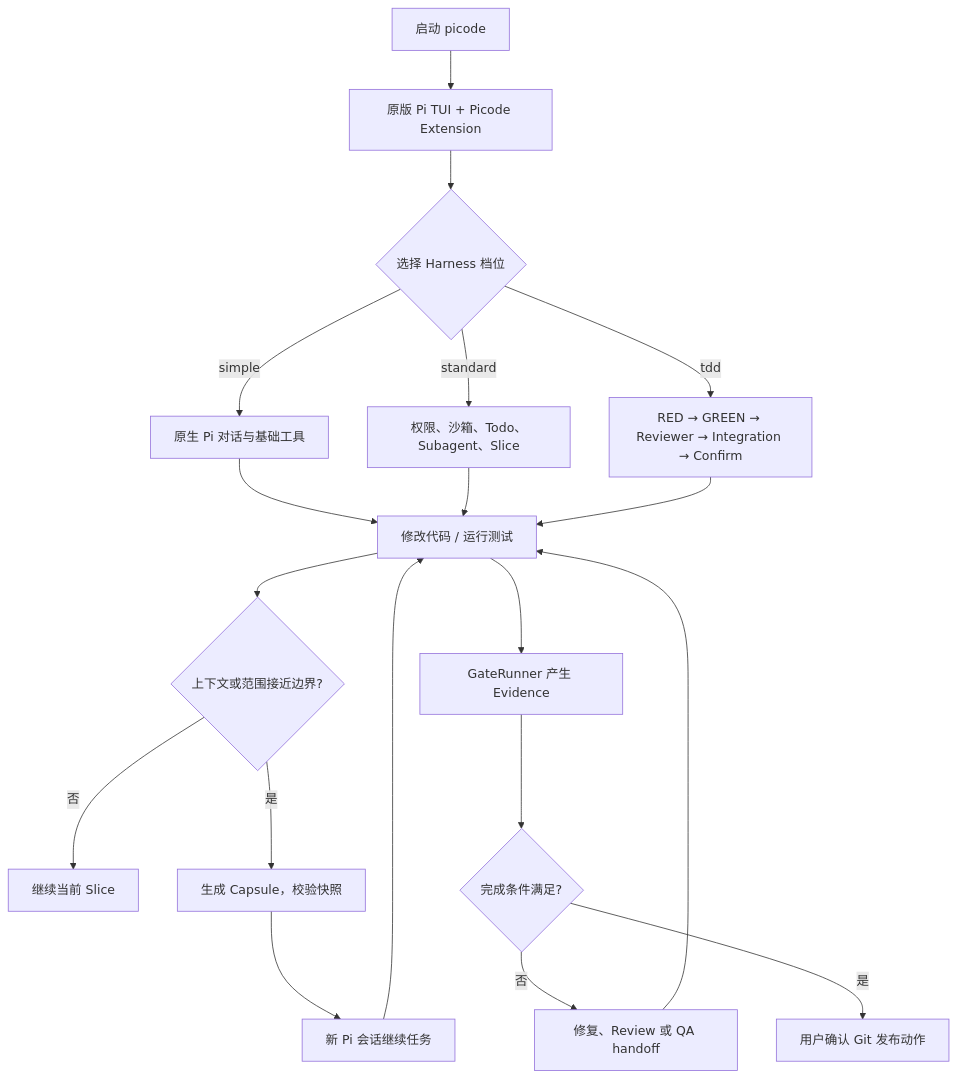
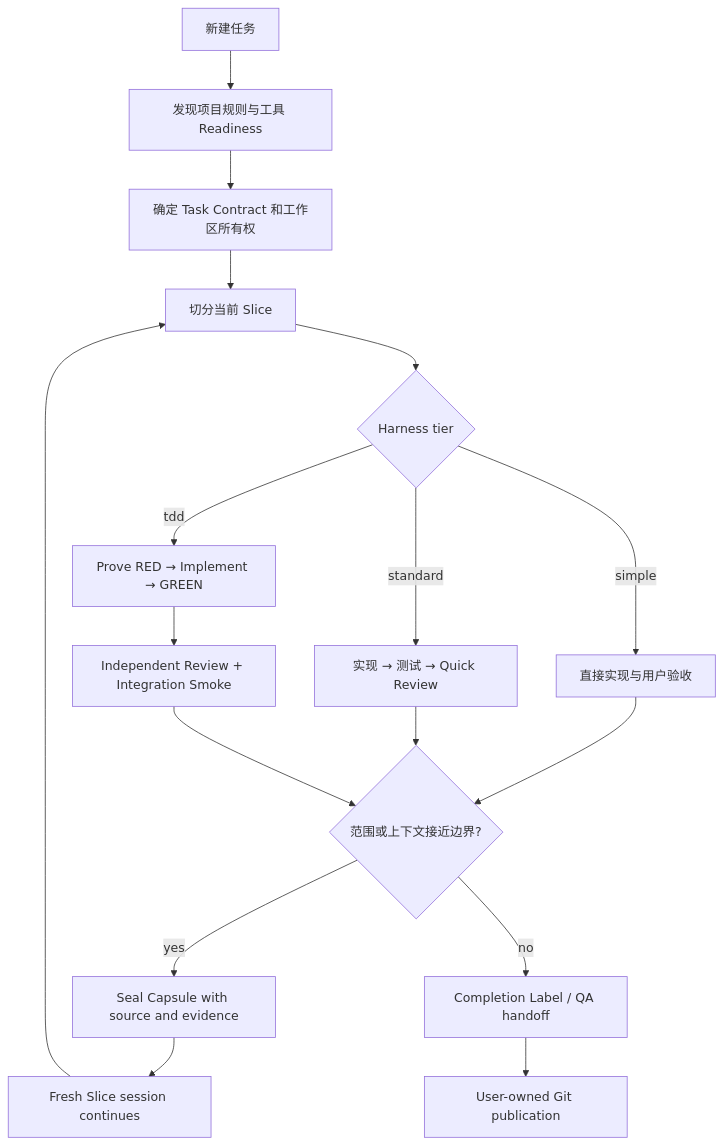
Before and after one commit to awangs1986/picode: the second of 2 diagrams in README.md, drawn with Mermaid. The commit also changed other lines of this file and 1 other file, not shown here.

Commit message:
docs: present Picode as an independent harness

````diff
--- a/README.md
+++ b/README.md
@@ -24,21 +103,19 @@
 ```mermaid
 flowchart TD
-    A[启动 picode] --> B[原版 Pi TUI + Picode Extension]
-    B --> C{选择 Harness 档位}
-    C -->|simple| D[原生 Pi 对话与基础工具]
-    C -->|standard| E[权限、沙箱、Todo、Subagent、Slice]
-    C -->|tdd| F[RED → GREEN → Reviewer → Integration → Confirm]
-    D --> G[修改代码 / 运行测试]
-    E --> G
-    F --> G
-    G --> H{上下文或范围接近边界?}
-    H -->|否| I[继续当前 Slice]
-    H -->|是| J[生成 Capsule，校验快照]
-    J --> K[新 Pi 会话继续任务]
-    K --> G
-    G --> L[GateRunner 产生 Evidence]
-    L --> M{完成条件满足?}
-    M -->|否| N[修复、Review 或 QA handoff]
-    N --> G
-    M -->|是| O[用户确认 Git 发布动作]
+    A["新建任务"] --> B["发现项目规则与工具 Readiness"]
+    B --> C["确定 Task Contract 和工作区所有权"]
+    C --> D["切分当前 Slice"]
+    D --> E{"Harness tier"}
+    E -->|simple| F["直接实现与用户验收"]
+    E -->|standard| G["实现 → 测试 → Quick Review"]
+    E -->|tdd| H["Prove RED → Implement → GREEN"]
+    H --> I["Independent Review + Integration Smoke"]
+    F --> J{"范围或上下文接近边界?"}
+    G --> J
+    I --> J
+    J -->|yes| K["Seal Capsule with source and evidence"]
+    K --> L["Fresh Slice session continues"]
+    L --> D
+    J -->|no| M["Completion Label / QA handoff"]
+    M --> N["User-owned Git publication"]
 ```
````
